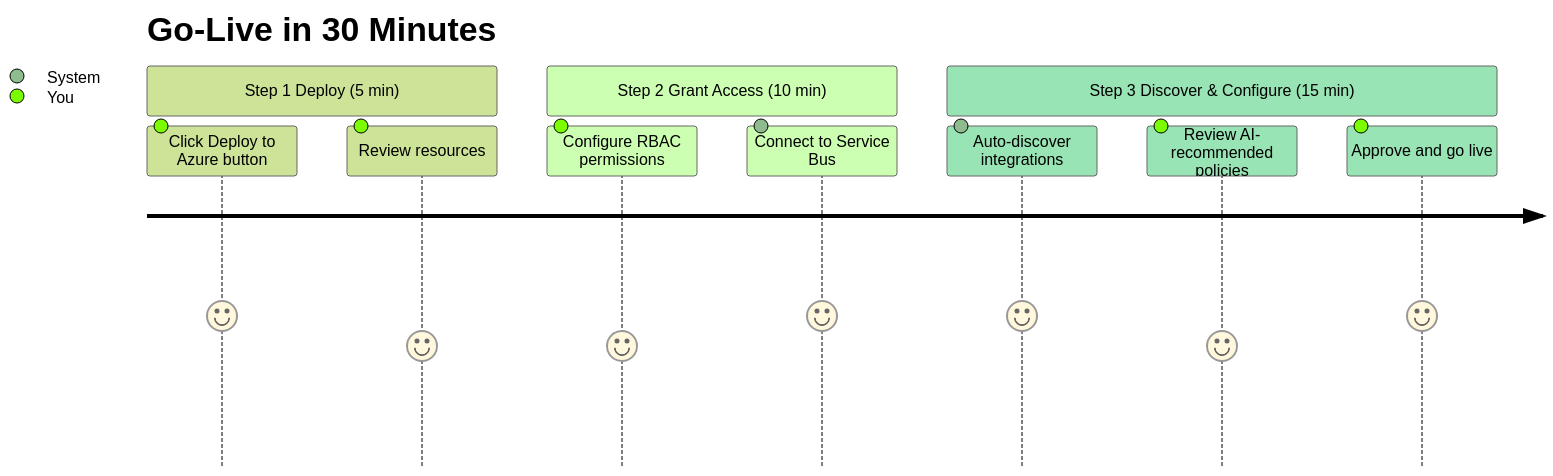
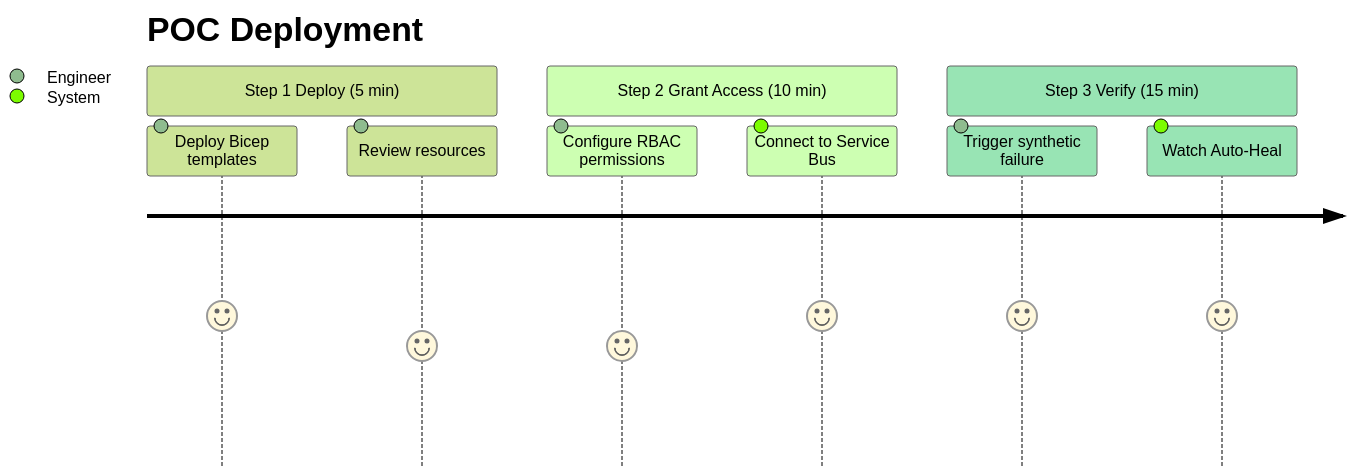
One commit to mayankgupta7673/Continuum-Ops changed the first of 2 diagrams in README.md. Above: the diagram before and after it, drawn with Mermaid (forest theme). The commit also changed other lines of this file and 8 other files, not shown here.

````diff
--- a/README.md
+++ b/README.md
@@ -53,14 +53,13 @@
 ```mermaid
 journey
-    title Go-Live in 30 Minutes
+    title POC Deployment
     section Step 1 Deploy (5 min)
-      Click Deploy to Azure button: 5: You
-      Review resources: 4: You
+      Deploy Bicep templates: 5: Engineer
+      Review resources: 4: Engineer
     section Step 2 Grant Access (10 min)
-      Configure RBAC permissions: 4: You
+      Configure RBAC permissions: 4: Engineer
       Connect to Service Bus: 5: System
-    section Step 3 Discover & Configure (15 min)
-      Auto-discover integrations: 5: System
-      Review AI-recommended policies: 4: You
-      Approve and go live: 5: You
+    section Step 3 Verify (15 min)
+      Trigger synthetic failure: 5: Engineer
+      Watch Auto-Heal: 5: System
 ```
````
